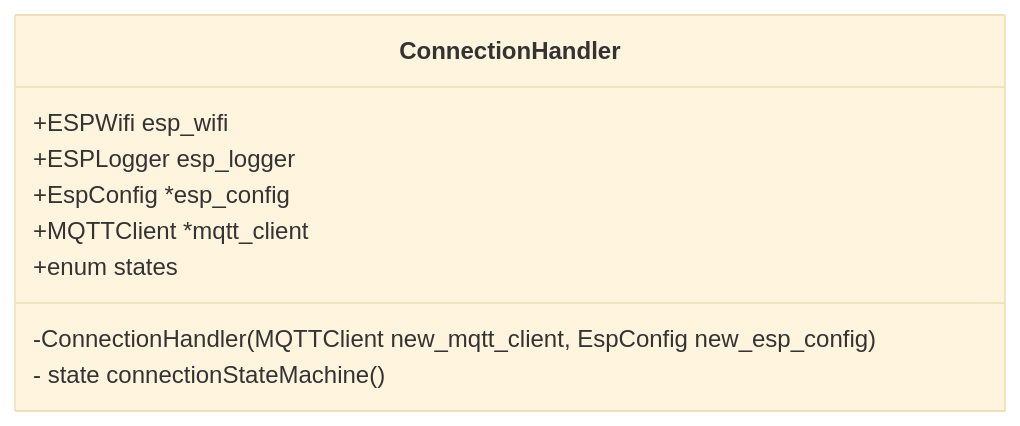
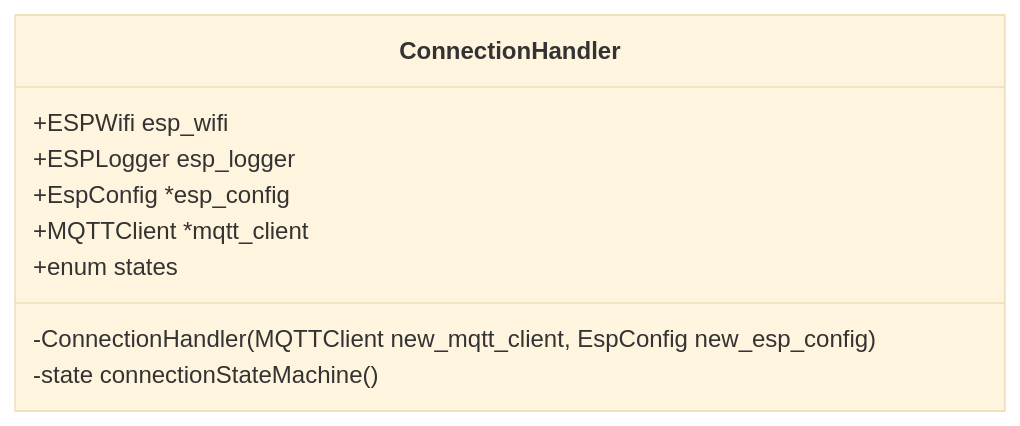
Before and after one commit to ECE-IoT/esp-iot-framework: the diagram in docs/software-planning/connection-handler.md, drawn with Mermaid (base theme). The commit also changed 31 other files, not shown here.

````diff
--- a/docs/software-planning/connection-handler.md
+++ b/docs/software-planning/connection-handler.md
@@ -12,12 +12,12 @@
 ```mermaid
   classDiagram
     class ConnectionHandler{
       +ESPWifi esp_wifi
       +ESPLogger esp_logger
       +EspConfig *esp_config
       +MQTTClient *mqtt_client
       +enum states
       -ConnectionHandler(MQTTClient new_mqtt_client, EspConfig new_esp_config)
-      - state connectionStateMachine()
+      -state connectionStateMachine()
     }
 ```
````
